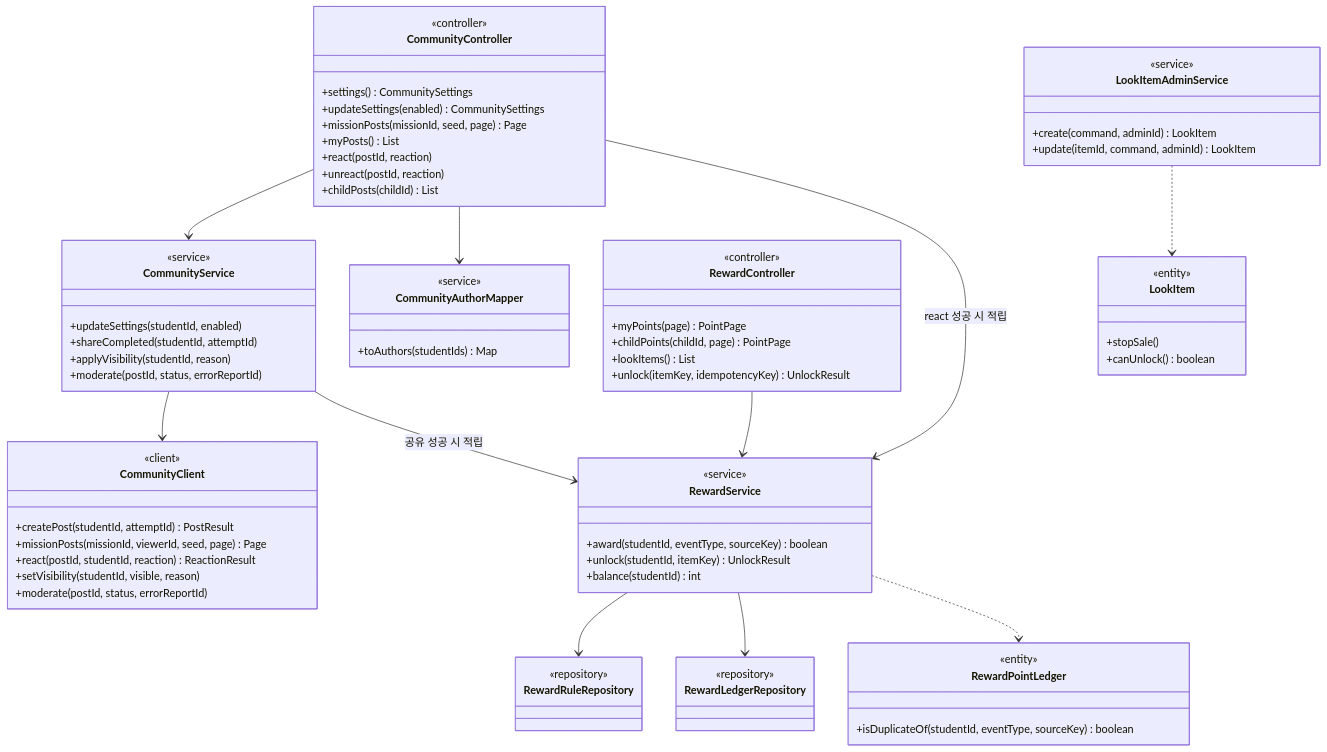
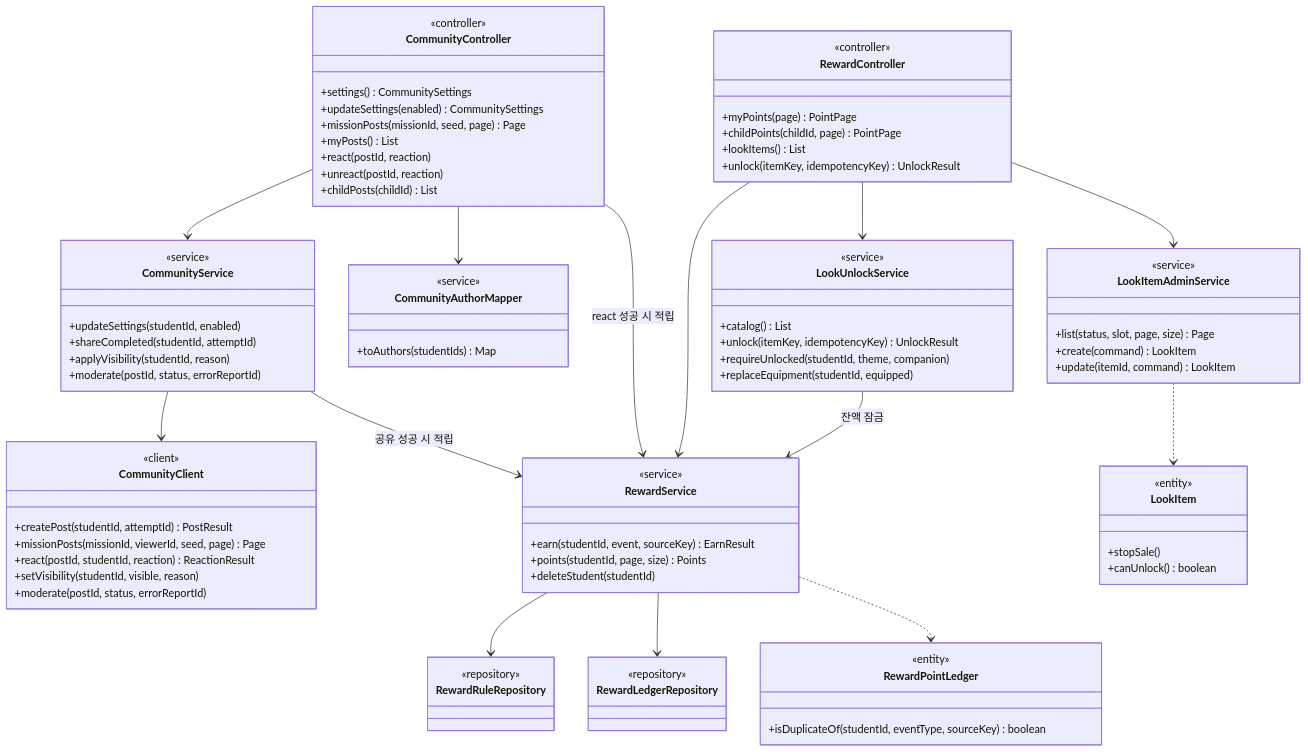
Before and after one commit to SKNETWORKS-FAMILY-AICAMP/SKN34-FINAL-3TEAM: the eighth of 20 diagrams in docs/design/class-diagram.md, drawn with Mermaid. The commit also changed other lines of this file and 28 other files, not shown here.

```diff
--- a/docs/design/class-diagram.md
+++ b/docs/design/class-diagram.md
@@ -1214,14 +1214,22 @@
   }
   class RewardService {
     <<service>>
-    +award(studentId, eventType, sourceKey) boolean
-    +unlock(studentId, itemKey) UnlockResult
-    +balance(studentId) int
+    +earn(studentId, event, sourceKey) EarnResult
+    +points(studentId, page, size) Points
+    +deleteStudent(studentId)
+  }
+  class LookUnlockService {
+    <<service>>
+    +catalog() List
+    +unlock(itemKey, idempotencyKey) UnlockResult
+    +requireUnlocked(studentId, theme, companion)
+    +replaceEquipment(studentId, equipped)
   }
   class LookItemAdminService {
     <<service>>
-    +create(command, adminId) LookItem
-    +update(itemId, command, adminId) LookItem
+    +list(status, slot, page, size) Page
+    +create(command) LookItem
+    +update(itemId, command) LookItem
   }
   class RewardPointLedger {
     <<entity>>
@@ -1245,6 +1253,9 @@
   CommunityService --> CommunityClient
   CommunityService --> RewardService : 공유 성공 시 적립
   RewardController --> RewardService
+  RewardController --> LookUnlockService
+  RewardController --> LookItemAdminService
+  LookUnlockService --> RewardService : 잔액 잠금
   RewardService --> RewardRuleRepository
   RewardService --> RewardLedgerRepository
   RewardService ..> RewardPointLedger
```
